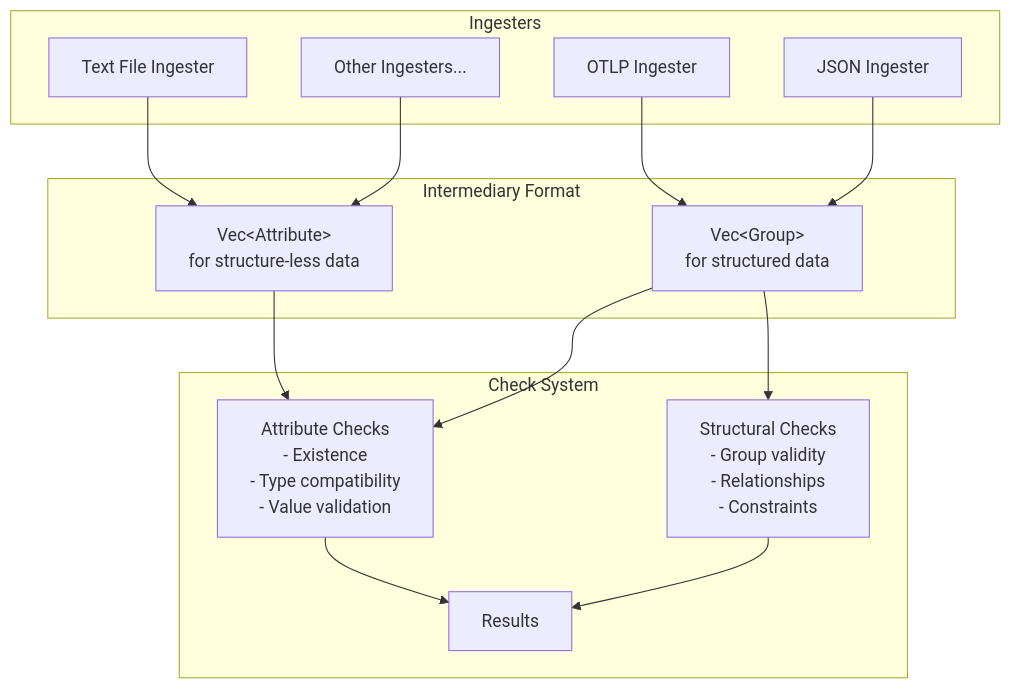
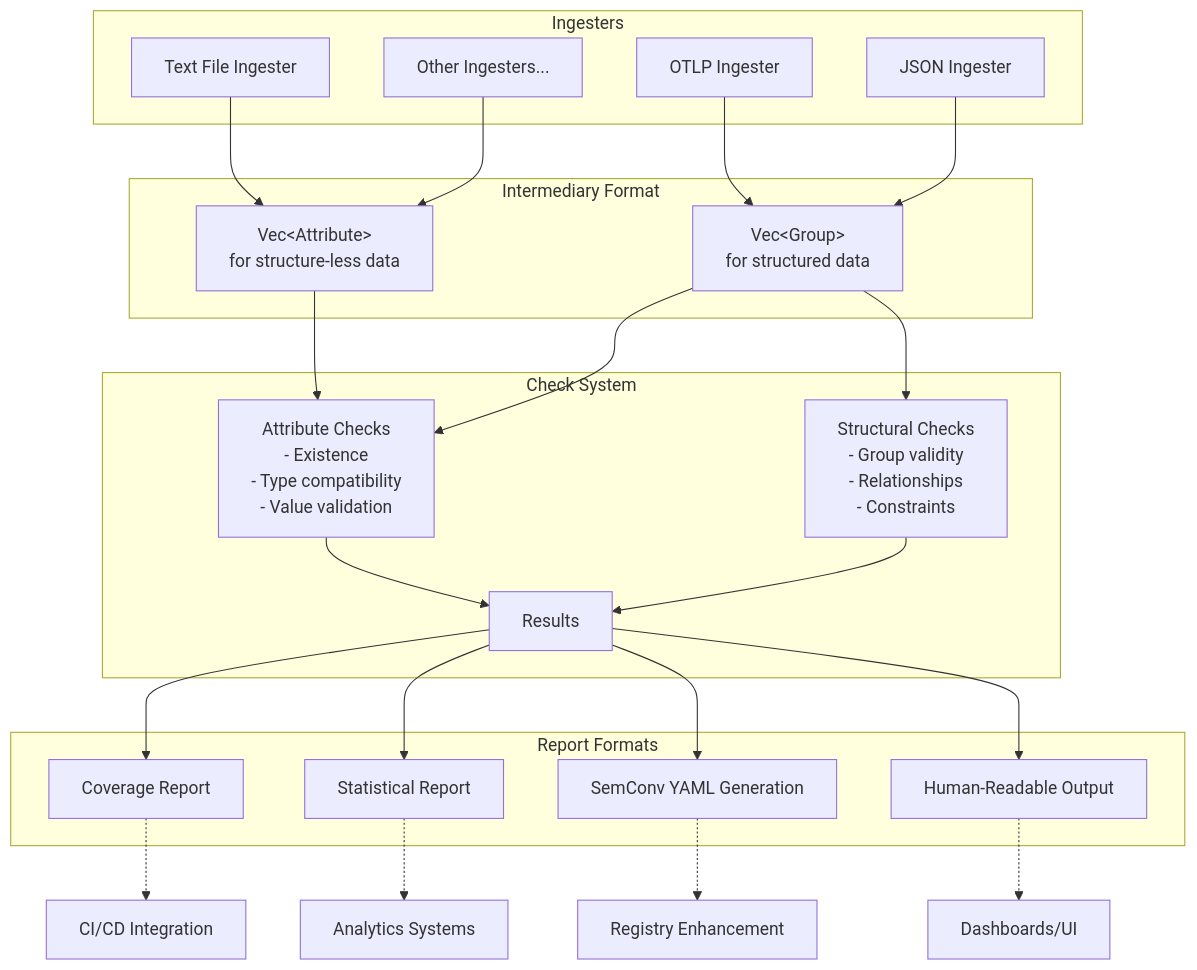
The diagram in crates/weaver_health/README.md (open-telemetry/weaver), drawn with Mermaid before and after one commit. The commit also changed other lines of this file, not shown here.

Commit message:
docs: enhance README with additional report formats and clarify architecture components

````diff
--- a/crates/weaver_health/README.md
+++ b/crates/weaver_health/README.md
@@ -7,40 +7,57 @@
 ```mermaid
 flowchart TD
     subgraph Ingesters
         OTLP[OTLP Ingester]
         TextFile[Text File Ingester]
         JSON[JSON Ingester]
         Other[Other Ingesters...]
     end
     
     subgraph "Intermediary Format"
-        VecAttr["Vec&lt;Attribute&gt;
+        VecAttr["Vec&lt;Attribute>
         for structure-less data"]
-        ResGroup["Vec&lt;Group&gt;
+        ResGroup["Vec&lt;Group>
         for structured data"]
     end
     
     subgraph "Check System"
         AttrChecks[Attribute Checks
         - Existence
         - Type compatibility
         - Value validation]
         StructChecks[Structural Checks
         - Group validity
         - Relationships
         - Constraints]
         Results[Results]
     end
     
+    subgraph "Report Formats"
+        CoverageRep[Coverage Report]
+        StatsRep[Statistical Report]
+        YamlGen[SemConv YAML Generation]
+        HumanRep[Human-Readable Output]
+    end
+    
     OTLP --> ResGroup
     TextFile --> VecAttr
     JSON --> ResGroup
     Other --> VecAttr
     
     VecAttr --> AttrChecks
     ResGroup --> AttrChecks
     ResGroup --> StructChecks
     
     AttrChecks --> Results
     StructChecks --> Results
+    
+    Results --> CoverageRep
+    Results --> StatsRep
+    Results --> YamlGen
+    Results --> HumanRep
+    
+    CoverageRep -.-> CI[CI/CD Integration]
+    StatsRep -.-> Analytics[Analytics Systems]
+    YamlGen -.-> Registry[Registry Enhancement]
+    HumanRep -.-> UI[Dashboards/UI]
 ```
````
